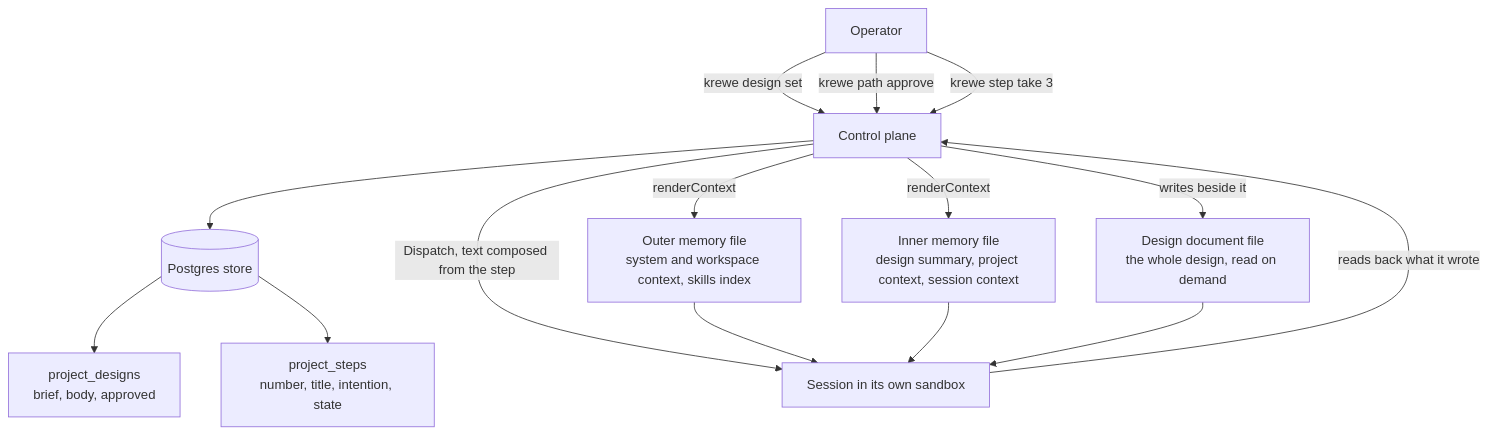
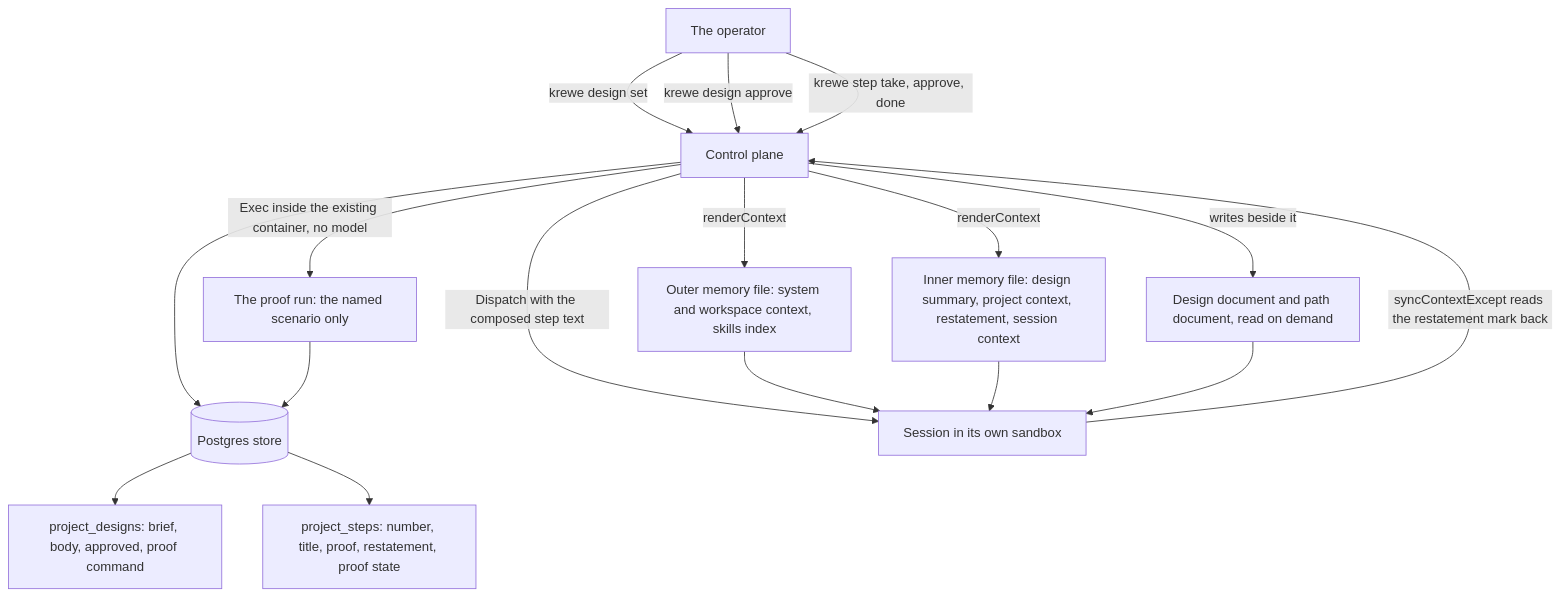
Before and after one commit to atlantic-blue/quay-crew: the second of 3 diagrams in .greenlight/DESIGN.md, drawn with Mermaid. The commit also changed other lines of this file and 6 other files, not shown here.

Commit message:
docs: revise the design after the trust, fan out and command decisions (#698)

````diff
--- a/.greenlight/DESIGN.md
+++ b/.greenlight/DESIGN.md
@@ -244,17 +414,19 @@
 ```mermaid
 flowchart TD
-  OP["Operator"] -->|"krewe design set"| CP["Control plane"]
-  OP -->|"krewe path approve"| CP
-  OP -->|"krewe step take 3"| CP
+  OP["The operator"] -->|"krewe design set"| CP["Control plane"]
+  OP -->|"krewe design approve"| CP
+  OP -->|"krewe step take, approve, done"| CP
   CP --> ST[("Postgres store")]
-  ST --> D["project_designs<br/>brief, body, approved"]
-  ST --> P["project_steps<br/>number, title, intention, state"]
-  CP -->|"renderContext"| OUTER["Outer memory file<br/>system and workspace context, skills index"]
-  CP -->|"renderContext"| INNER["Inner memory file<br/>design summary, project context, session context"]
-  CP -->|"writes beside it"| DOC["Design document file<br/>the whole design, read on demand"]
-  CP -->|"Dispatch, text composed from the step"| SESS["Session in its own sandbox"]
+  ST --> D["project_designs: brief, body, approved, proof command"]
+  ST --> P["project_steps: number, title, proof, restatement, proof state"]
+  CP -->|"renderContext"| OUTER["Outer memory file: system and workspace context, skills index"]
+  CP -->|"renderContext"| INNER["Inner memory file: design summary, project context, restatement, session context"]
+  CP -->|"writes beside it"| DOC["Design document and path document, read on demand"]
+  CP -->|"Dispatch with the composed step text"| SESS["Session in its own sandbox"]
   OUTER --> SESS
   INNER --> SESS
   DOC --> SESS
-  SESS -->|"reads back what it wrote"| CP
+  SESS -->|"syncContextExcept reads the restatement mark back"| CP
+  CP -->|"Exec inside the existing container, no model"| PROOF["The proof run: the named scenario only"]
+  PROOF --> ST
 ```
````
